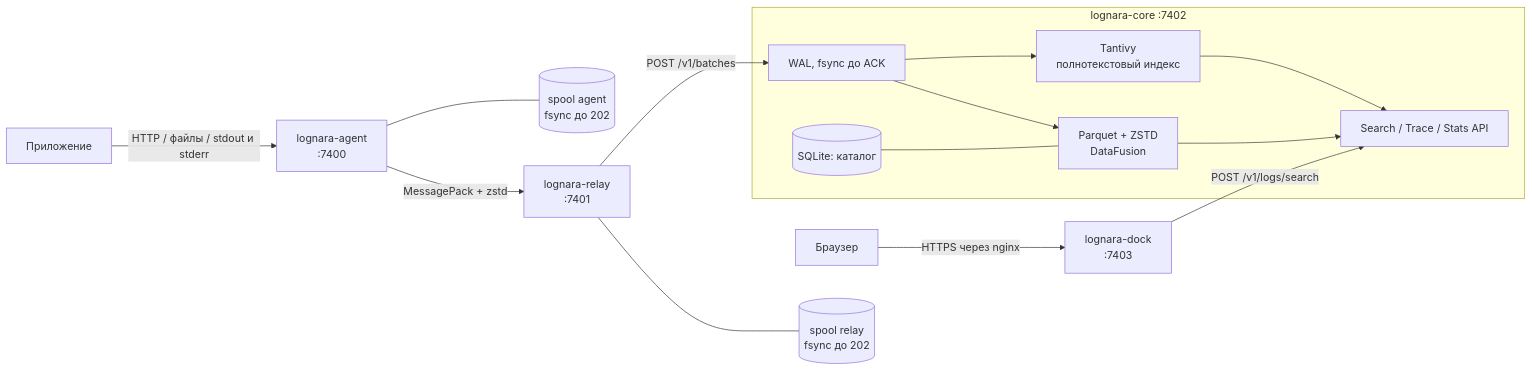
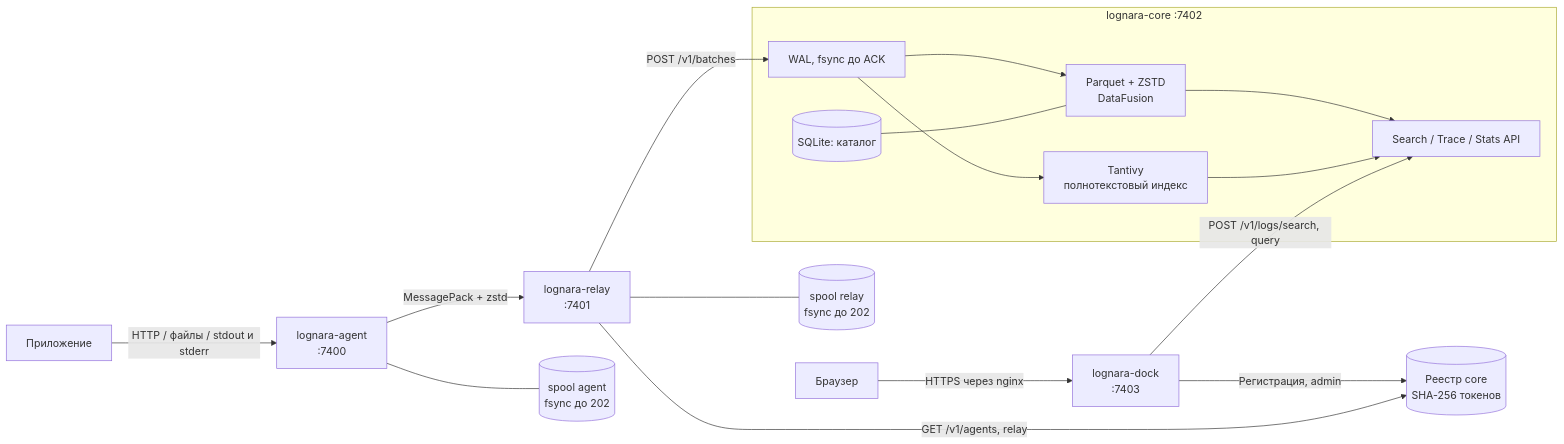
One commit to Liis17/Lognara changed the diagram in README.md. Above: the diagram before and after it, drawn with Mermaid. The commit also changed other lines of this file and 14 other files, not shown here.

````diff
--- a/README.md
+++ b/README.md
@@ -18,18 +18,20 @@
 ```mermaid
 flowchart LR
     App["Приложение"] -->|"HTTP / файлы / stdout и stderr"| Agent["lognara-agent<br/>:7400"]
     Agent -->|"MessagePack + zstd"| Relay["lognara-relay<br/>:7401"]
     Agent --- AgentSpool[("spool agent<br/>fsync до 202")]
     Relay --- Spool[("spool relay<br/>fsync до 202")]
     Relay -->|"POST /v1/batches"| WAL
 
     subgraph Core["lognara-core :7402"]
         WAL["WAL, fsync до ACK"] --> Seg["Parquet + ZSTD<br/>DataFusion"]
         WAL --> Idx["Tantivy<br/>полнотекстовый индекс"]
         Cat[("SQLite: каталог")] --- Seg
         Seg --> API["Search / Trace / Stats API"]
         Idx --> API
     end
     Browser["Браузер"] -->|"HTTPS через nginx"| Dock["lognara-dock<br/>:7403"]
-    Dock -->|"POST /v1/logs/search"| API
+    Dock -->|"POST /v1/logs/search, query"| API
+    Dock -->|"Регистрация, admin"| Access[("Реестр core<br/>SHA-256 токенов")]
+    Relay -->|"GET /v1/agents, relay"| Access
 ```
````
